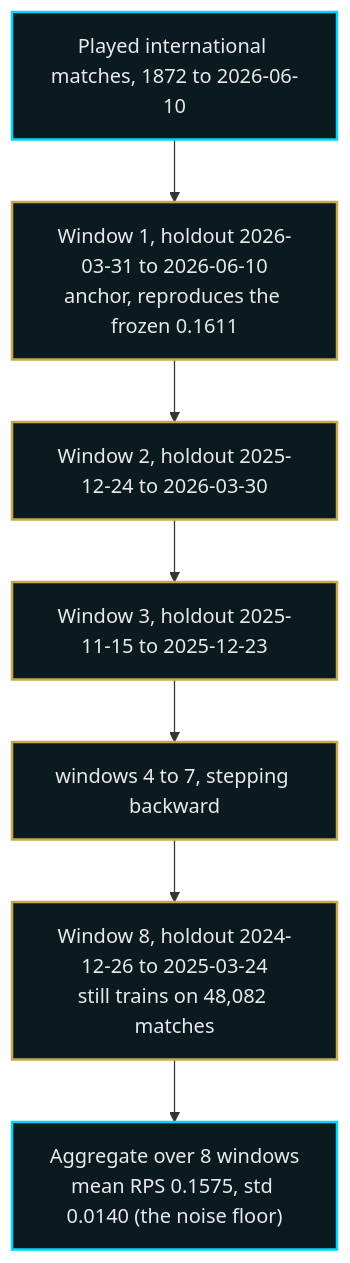
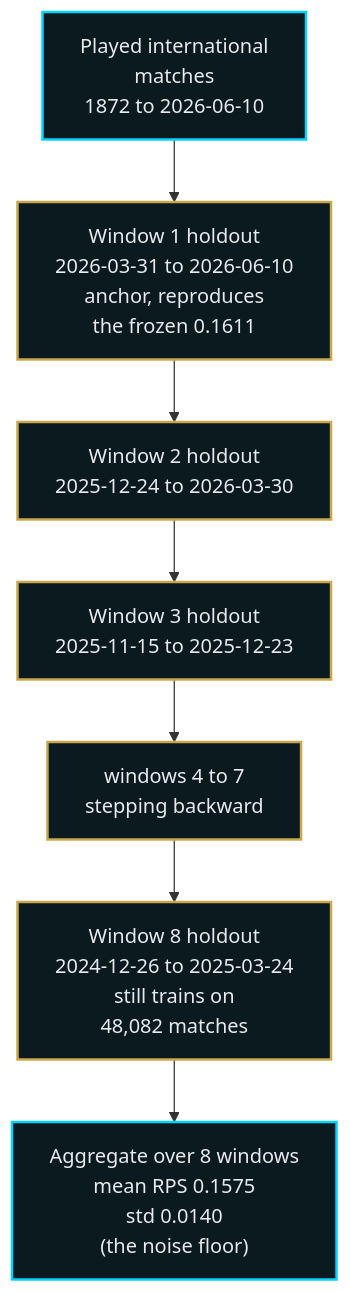
Before and after one commit to HasanYoussef-AI/architect-worldcup: the fourth of 4 diagrams in README.md, drawn with Mermaid.

Commit message:
Reflow walk-forward diagram labels to prevent bad wrapping
Add explicit line breaks to every node in the walk-forward windowing diagram so
GitHub's Mermaid renderer never has to wrap a label and no date or number splits
across two lines. Only break points moved; every date, the 0.1611 anchor, the
48,082 training-match count, and the 0.1575 and 0.0140 aggregate are unchanged.
Documentation only, this one diagram, no other node, edge, or styling touched.

````diff
--- a/README.md
+++ b/README.md
@@ -236,16 +236,16 @@
 ```mermaid
 flowchart TB
-    TL["Played international matches, 1872 to 2026-06-10"]:::accent
-    W1["Window 1, holdout 2026-03-31 to 2026-06-10<br/>anchor, reproduces the frozen 0.1611"]:::layer
-    W2["Window 2, holdout 2025-12-24 to 2026-03-30"]:::layer
-    W3["Window 3, holdout 2025-11-15 to 2025-12-23"]:::layer
-    DOTS["windows 4 to 7, stepping backward"]:::layer
-    W8["Window 8, holdout 2024-12-26 to 2025-03-24<br/>still trains on 48,082 matches"]:::layer
-    AGG["Aggregate over 8 windows<br/>mean RPS 0.1575, std 0.0140 (the noise floor)"]:::out
+    TL["Played international<br/>matches<br/>1872 to 2026-06-10"]:::accent
+    W1["Window 1 holdout<br/>2026-03-31 to 2026-06-10<br/>anchor, reproduces<br/>the frozen 0.1611"]:::layer
+    W2["Window 2 holdout<br/>2025-12-24 to 2026-03-30"]:::layer
+    W3["Window 3 holdout<br/>2025-11-15 to 2025-12-23"]:::layer
+    DOTS["windows 4 to 7<br/>stepping backward"]:::layer
+    W8["Window 8 holdout<br/>2024-12-26 to 2025-03-24<br/>still trains on<br/>48,082 matches"]:::layer
+    AGG["Aggregate over 8 windows<br/>mean RPS 0.1575<br/>std 0.0140<br/>(the noise floor)"]:::out
 
     TL --> W1 --> W2 --> W3 --> DOTS --> W8 --> AGG
 
     classDef layer fill:#0A1A1F,stroke:#C9A84C,stroke-width:2px,color:#E8EAEC
     classDef accent fill:#0A1A1F,stroke:#00D4FF,stroke-width:2px,color:#E8EAEC
     classDef out fill:#0A1A1F,stroke:#00D4FF,stroke-width:2px,color:#E8EAEC
 ```
````
